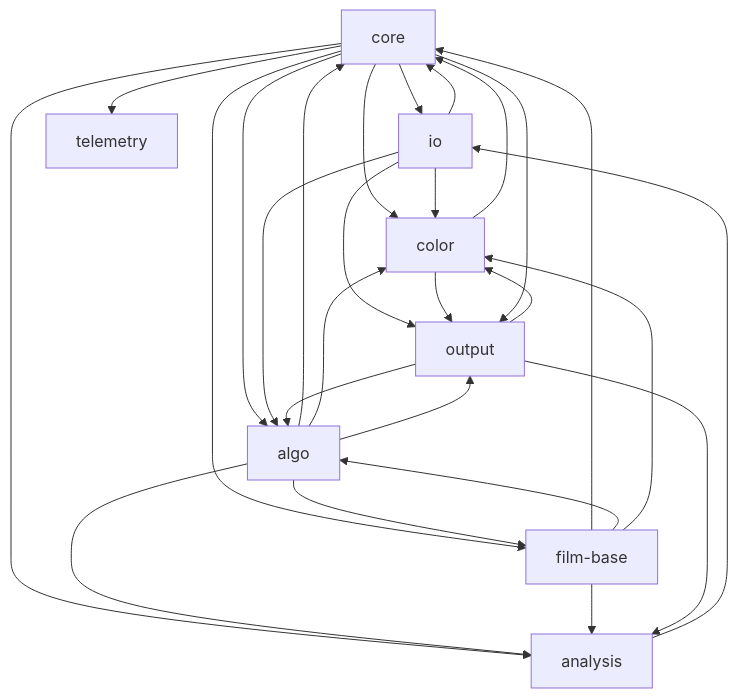
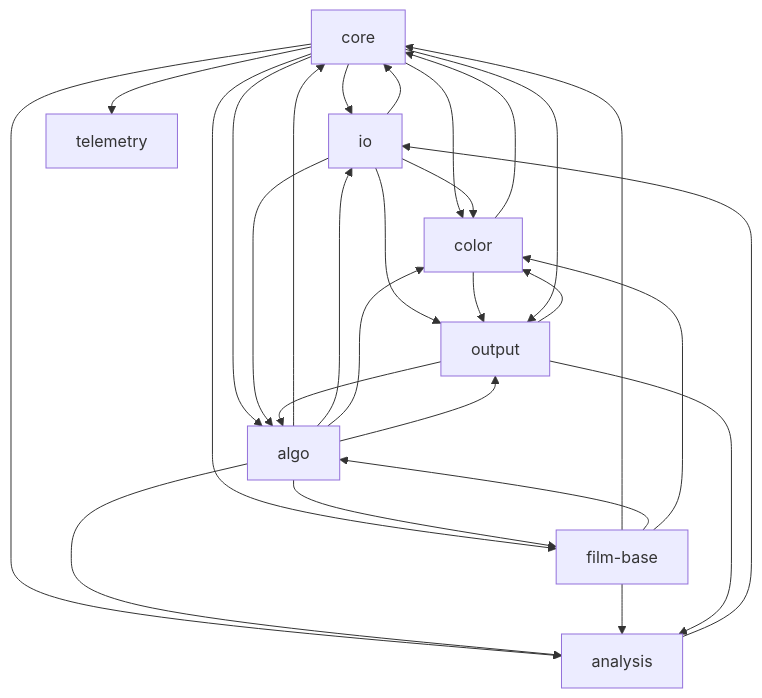
One commit to lix42/negative-converter changed the first of 2 diagrams in docs/TASKS.md. Above: the diagram before and after it, drawn with Mermaid. The commit also changed other lines of this file and 4 other files, not shown here.

````diff
--- a/docs/TASKS.md
+++ b/docs/TASKS.md
@@ -89,37 +89,38 @@
 ```mermaid
 graph TD
   core
   io
   film-base
   algo
   color
   output
   telemetry
   analysis
   core --> io
   core --> color
   core --> film-base
   core --> algo
   io --> core
   color --> core
   film-base --> core
   algo --> core
   analysis --> io
   core --> analysis
   core --> telemetry
   algo --> analysis
   film-base --> analysis
   algo --> film-base
+  algo --> io
   io --> color
   io --> algo
   io --> output
   film-base --> algo
   algo --> color
   film-base --> color
   color --> output
   algo --> output
   output --> color
   core --> output
   output --> algo
   output --> analysis
 ```
````
